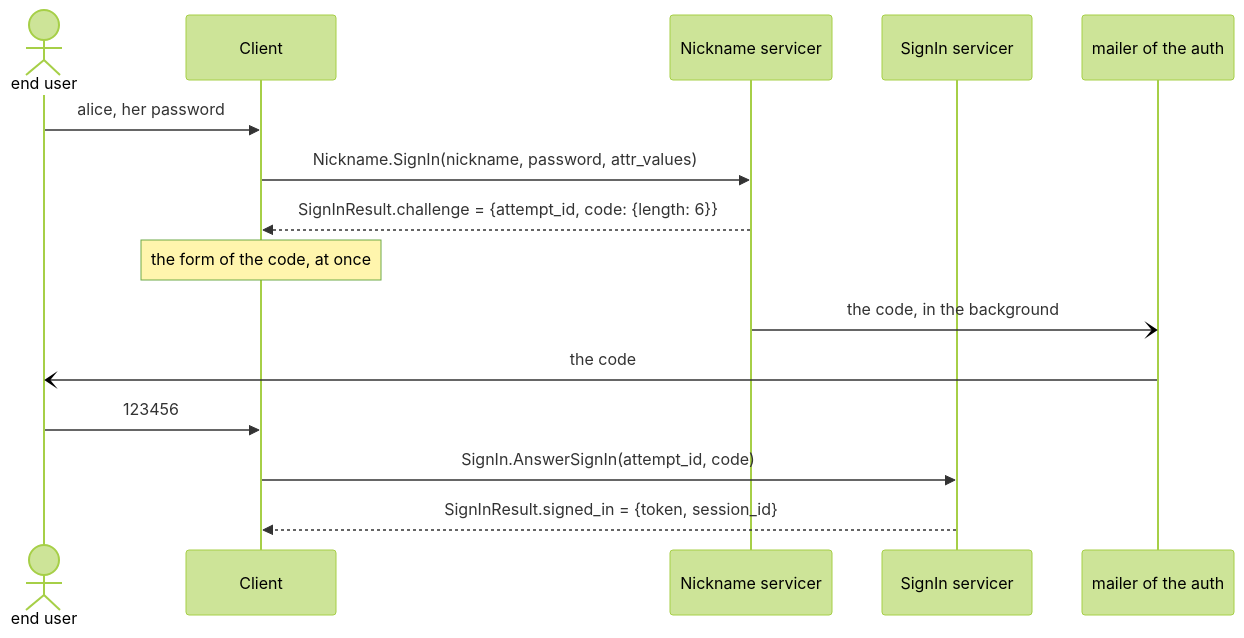
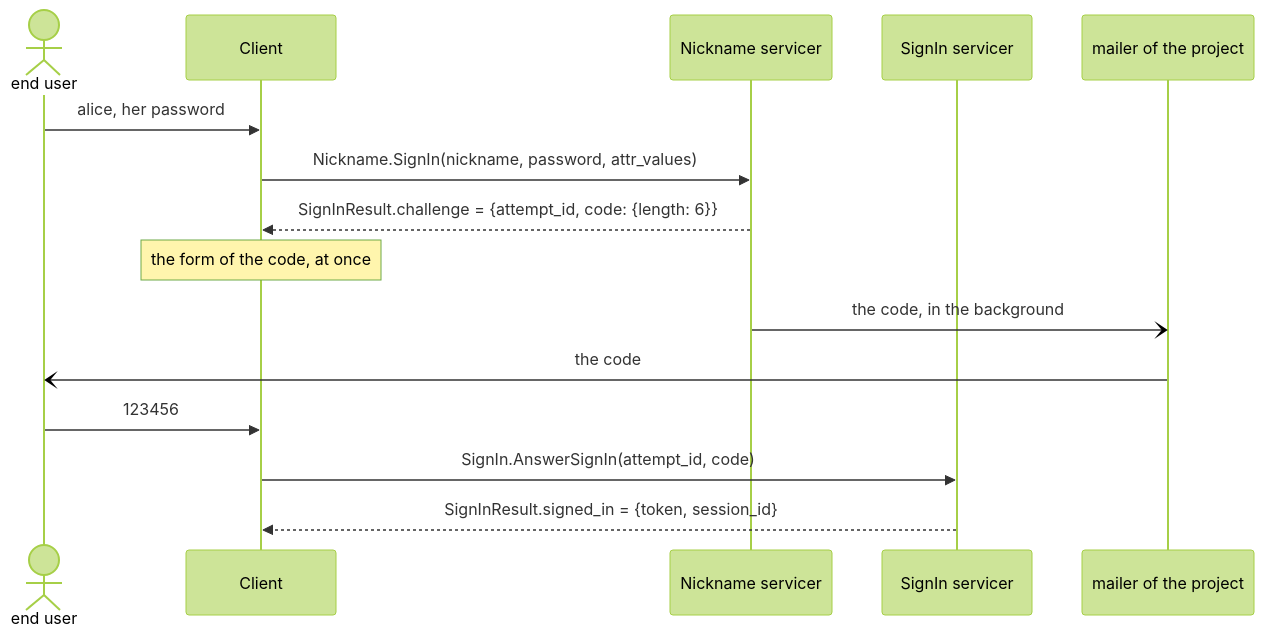
Before and after one commit to ak-ingots/ingots-libs: the diagram in docs/design/auth/methods/factors.md, drawn with Mermaid (forest theme). The commit also changed other lines of this file and 6 other files, not shown here.

First line of the commit message:
Move ingot-auth to 0.6.0, its mail by ingot-mail, its cache in Redis (#65)

````diff
--- a/docs/design/auth/methods/factors.md
+++ b/docs/design/auth/methods/factors.md
@@ -33,17 +33,17 @@
 ```mermaid
 sequenceDiagram
     actor User as end user
     participant Client
     participant Method as Nickname servicer
     participant Flow as SignIn servicer
-    participant Mail as mailer of the auth
+    participant Mail as mailer of the project
     User->>Client: alice, her password
     Client->>Method: Nickname.SignIn(nickname, password, attr_values)
     Method-->>Client: SignInResult.challenge = {attempt_id, code: {length: 6}}
     Note over Client: the form of the code, at once
     Method-)Mail: the code, in the background
     Mail-)User: the code
     User->>Client: 123456
     Client->>Flow: SignIn.AnswerSignIn(attempt_id, code)
     Flow-->>Client: SignInResult.signed_in = {token, session_id}
 ```
````
